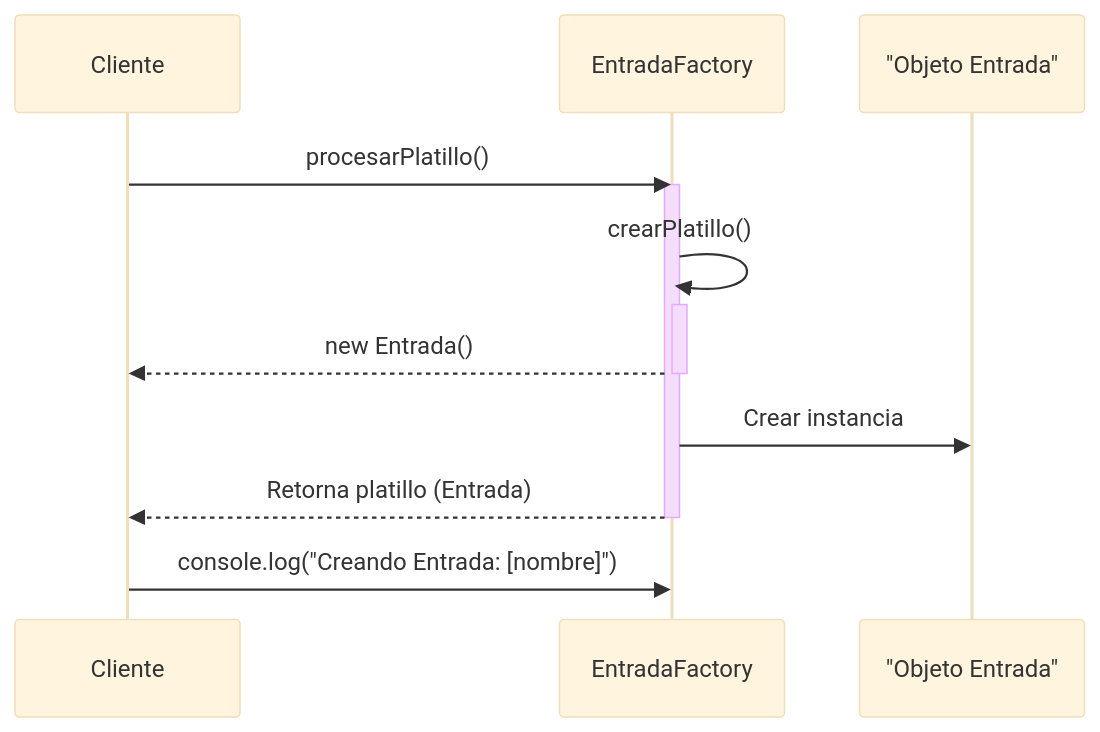
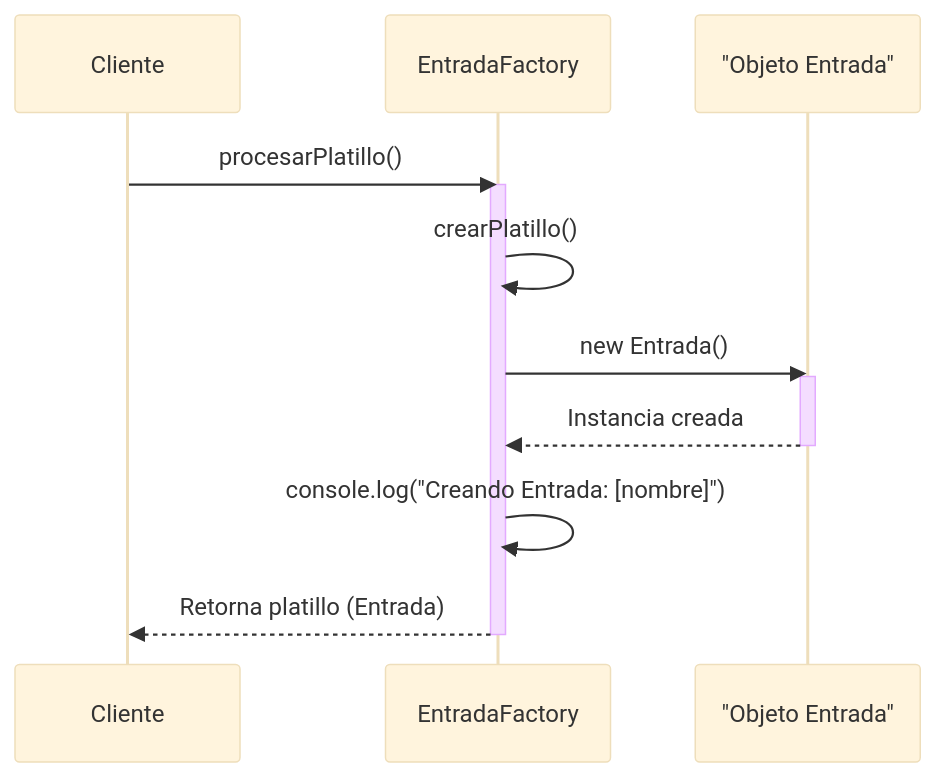
Before and after one commit to JohanStivenRengifo/Restaurant-system: the second of 19 diagrams in Readme.md, drawn with Mermaid (base theme). The commit also changed other lines of this file and 1 other file, not shown here.

````diff
--- a/Readme.md
+++ b/Readme.md
@@ -178,19 +178,17 @@
 ```mermaid
 sequenceDiagram
     participant Cliente
     participant EntradaFactory
     participant Entrada as "Objeto Entrada"
 
     Cliente->>EntradaFactory: procesarPlatillo()
     activate EntradaFactory
     EntradaFactory->>EntradaFactory: crearPlatillo()
-    activate EntradaFactory
-    EntradaFactory-->>Cliente: new Entrada()
-    deactivate EntradaFactory
-    EntradaFactory->>Entrada: Crear instancia
+    EntradaFactory->>Entrada: new Entrada()
+    activate Entrada
+    Entrada-->>EntradaFactory: Instancia creada
+    deactivate Entrada
+    EntradaFactory->>EntradaFactory: console.log("Creando Entrada: [nombre]")
     EntradaFactory-->>Cliente: Retorna platillo (Entrada)
     deactivate EntradaFactory
-    Cliente->>EntradaFactory: console.log("Creando Entrada: [nombre]")
-
-
 ```
````
